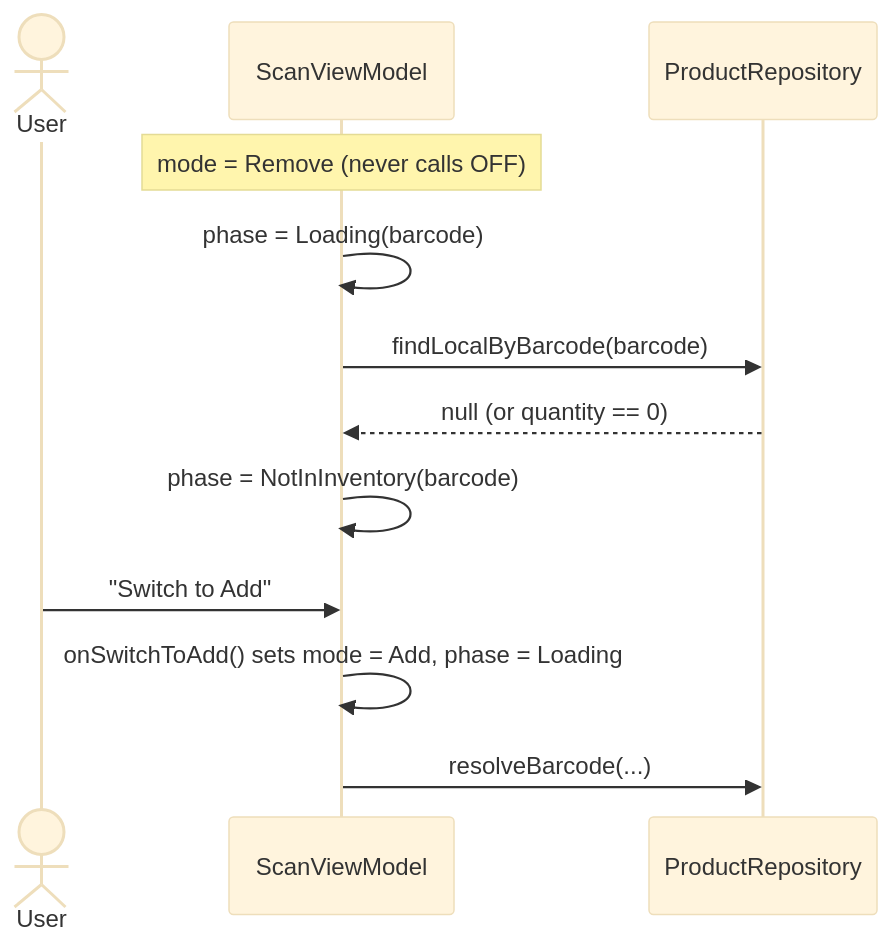
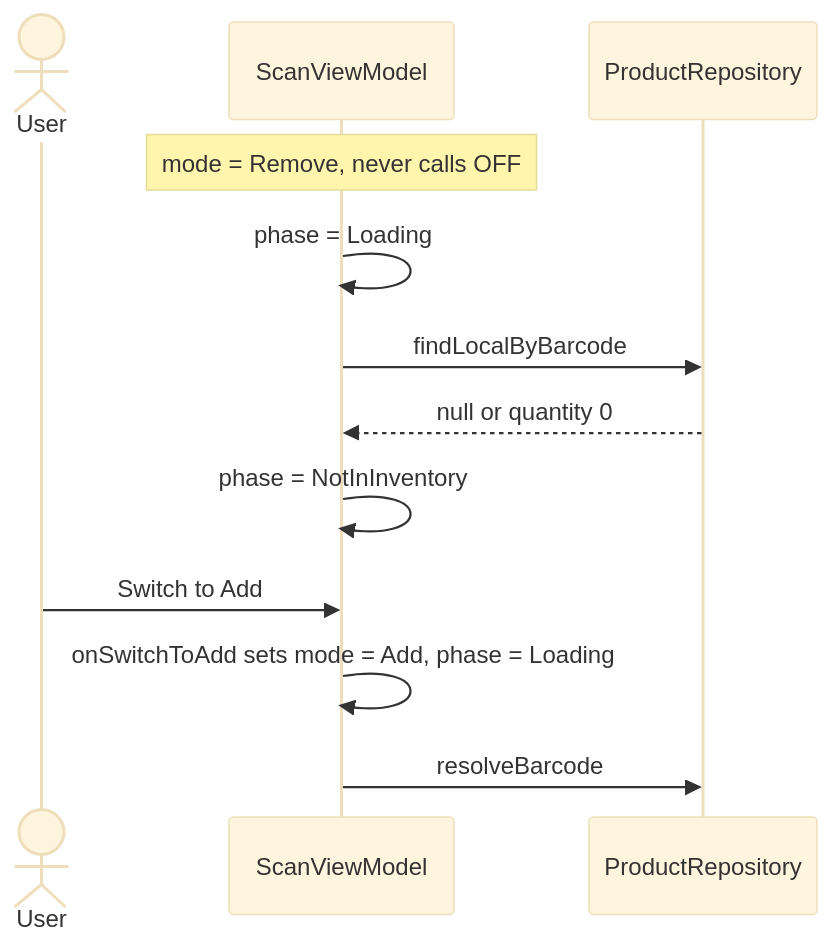
Before and after one commit to DocGerd/pantry-tracker: the second of 5 diagrams in docs/architecture/06-runtime-view.md, drawn with Mermaid (base theme). The commit also changed other lines of this file and 3 other files, not shown here.

````diff
--- a/docs/architecture/06-runtime-view.md
+++ b/docs/architecture/06-runtime-view.md
@@ -68,14 +68,14 @@
 ```mermaid
 sequenceDiagram
     actor User
     participant VM as ScanViewModel
     participant Repo as ProductRepository
-    Note over VM: mode = Remove (never calls OFF)
-    VM->>VM: phase = Loading(barcode)
-    VM->>Repo: findLocalByBarcode(barcode)
-    Repo-->>VM: null (or quantity == 0)
-    VM->>VM: phase = NotInInventory(barcode)
-    User->>VM: "Switch to Add"
-    VM->>VM: onSwitchToAdd() sets mode = Add, phase = Loading
-    VM->>Repo: resolveBarcode(...)
+    Note over VM: mode = Remove, never calls OFF
+    VM->>VM: phase = Loading
+    VM->>Repo: findLocalByBarcode
+    Repo-->>VM: null or quantity 0
+    VM->>VM: phase = NotInInventory
+    User->>VM: Switch to Add
+    VM->>VM: onSwitchToAdd sets mode = Add, phase = Loading
+    VM->>Repo: resolveBarcode
 ```
````
